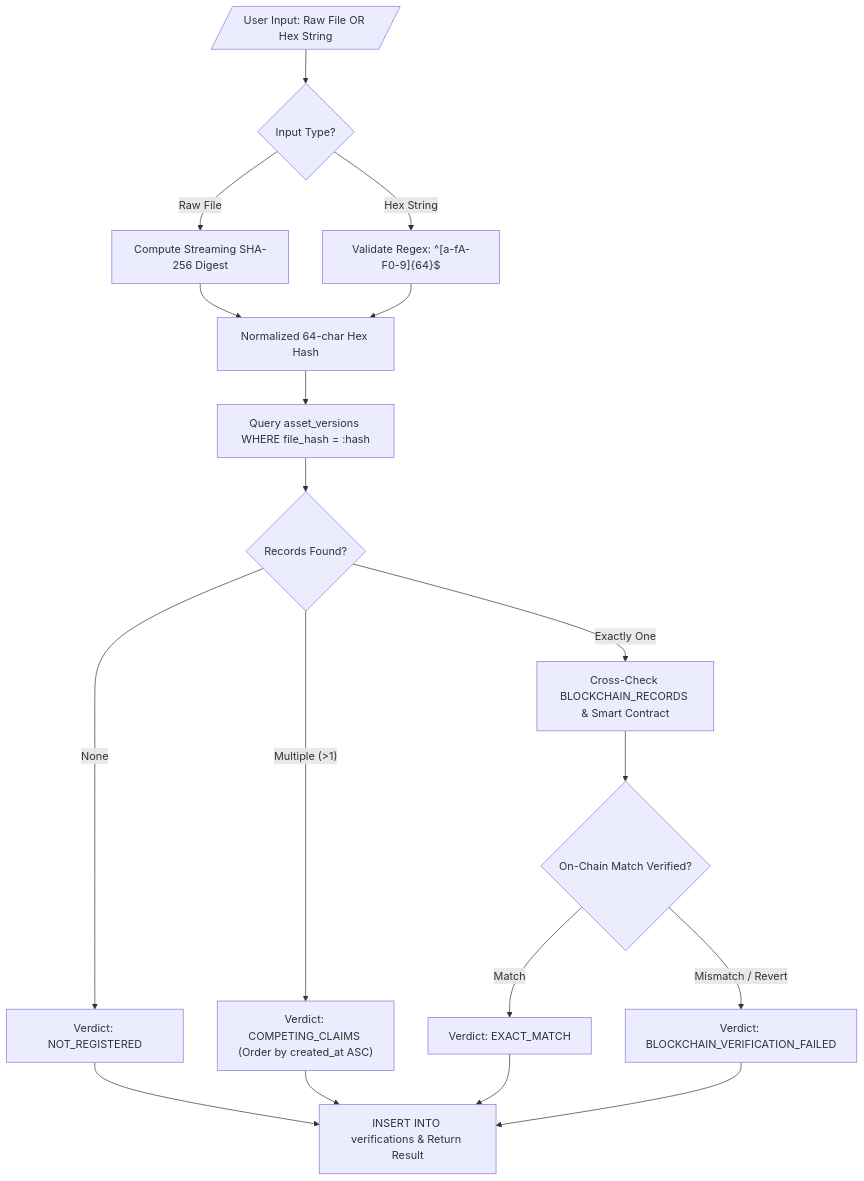
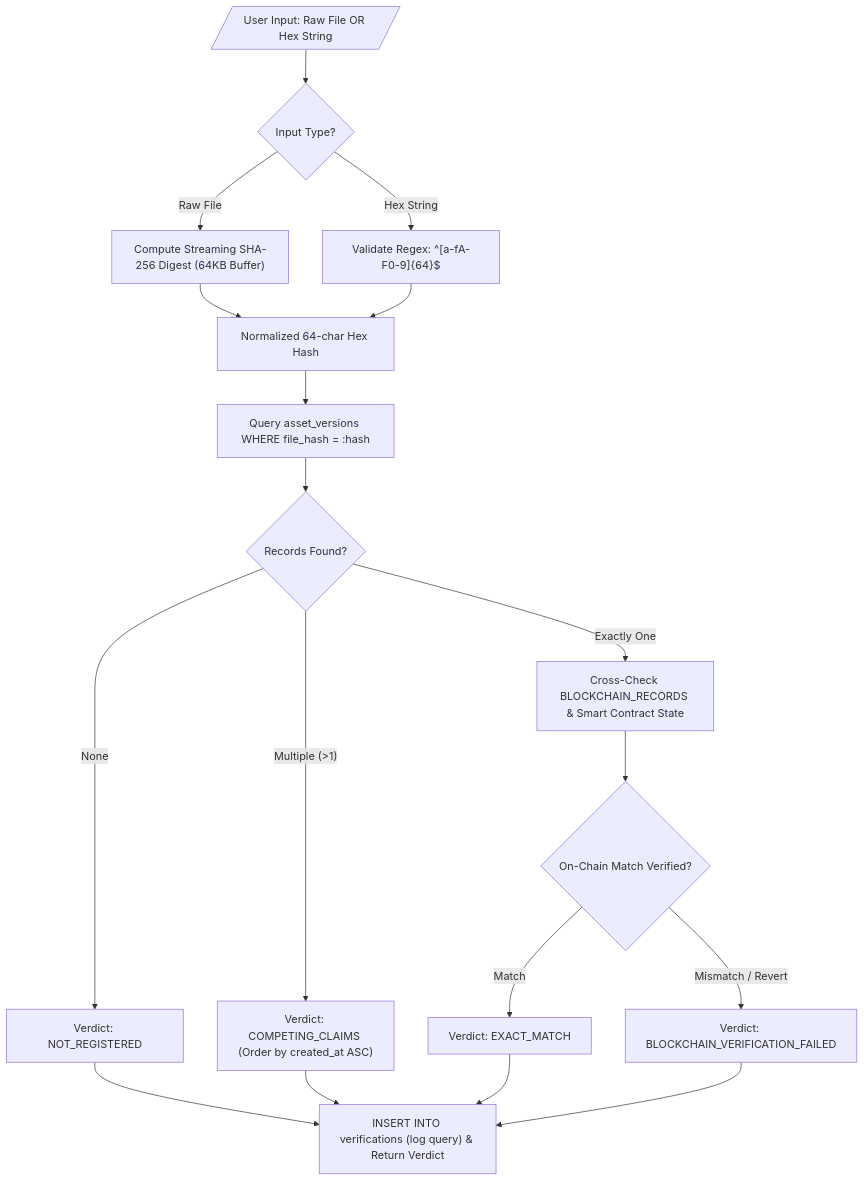
One commit to thusharbk0308/dbms_el changed the sixth of 7 diagrams in docs/DBMS_MINI_PROJECT_REPORT.md. Above: the diagram before and after it, drawn with Mermaid. The commit also changed other lines of this file and 3 other files, not shown here.

Commit message:
docs: add comprehensive DFD Level 2 sub-process diagrams and descriptions to academic reports

````diff
--- a/docs/DBMS_MINI_PROJECT_REPORT.md
+++ b/docs/DBMS_MINI_PROJECT_REPORT.md
@@ -723,20 +742,20 @@
 ```mermaid
 flowchart TD
     QueryIn[/User Input: Raw File OR Hex String/] --> V1{"Input Type?"}
-    V1 -- Raw File --> V2["Compute Streaming SHA-256 Digest"]
+    V1 -- Raw File --> V2["Compute Streaming SHA-256 Digest (64KB Buffer)"]
     V1 -- Hex String --> V3["Validate Regex: ^[a-fA-F0-9]{64}$"]
     V2 --> V4["Normalized 64-char Hex Hash"]
     V3 --> V4
     V4 --> V5["Query asset_versions WHERE file_hash = :hash"]
     V5 --> V6{"Records Found?"}
     V6 -- None --> V7["Verdict: NOT_REGISTERED"]
-    V6 -- Exactly One --> V8["Cross-Check BLOCKCHAIN_RECORDS & Smart Contract"]
+    V6 -- Exactly One --> V8["Cross-Check BLOCKCHAIN_RECORDS & Smart Contract State"]
     V6 -- Multiple (>1) --> V9["Verdict: COMPETING_CLAIMS (Order by created_at ASC)"]
     V8 --> V10{"On-Chain Match Verified?"}
     V10 -- Match --> V11["Verdict: EXACT_MATCH"]
     V10 -- Mismatch / Revert --> V12["Verdict: BLOCKCHAIN_VERIFICATION_FAILED"]
-    V7 --> V13["INSERT INTO verifications & Return Result"]
+    V7 --> V13["INSERT INTO verifications (log query) & Return Verdict"]
     V9 --> V13
     V11 --> V13
     V12 --> V13
 ```
````
